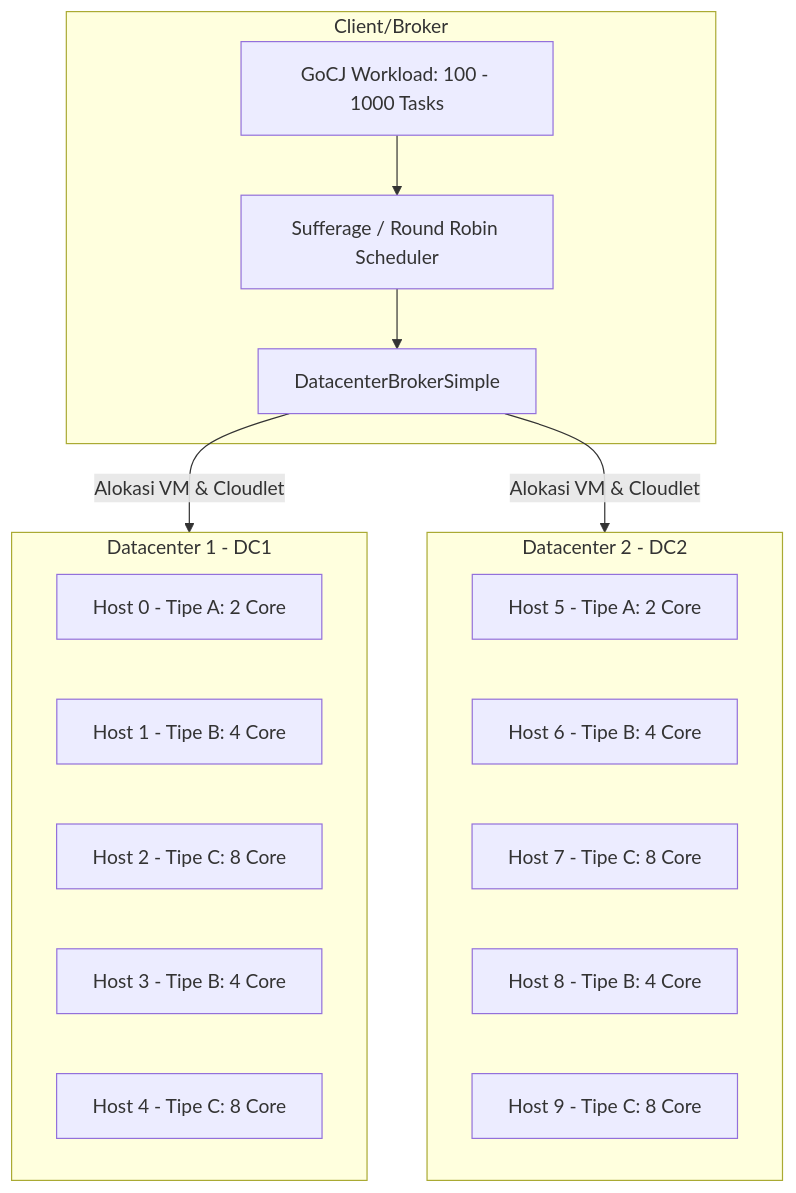
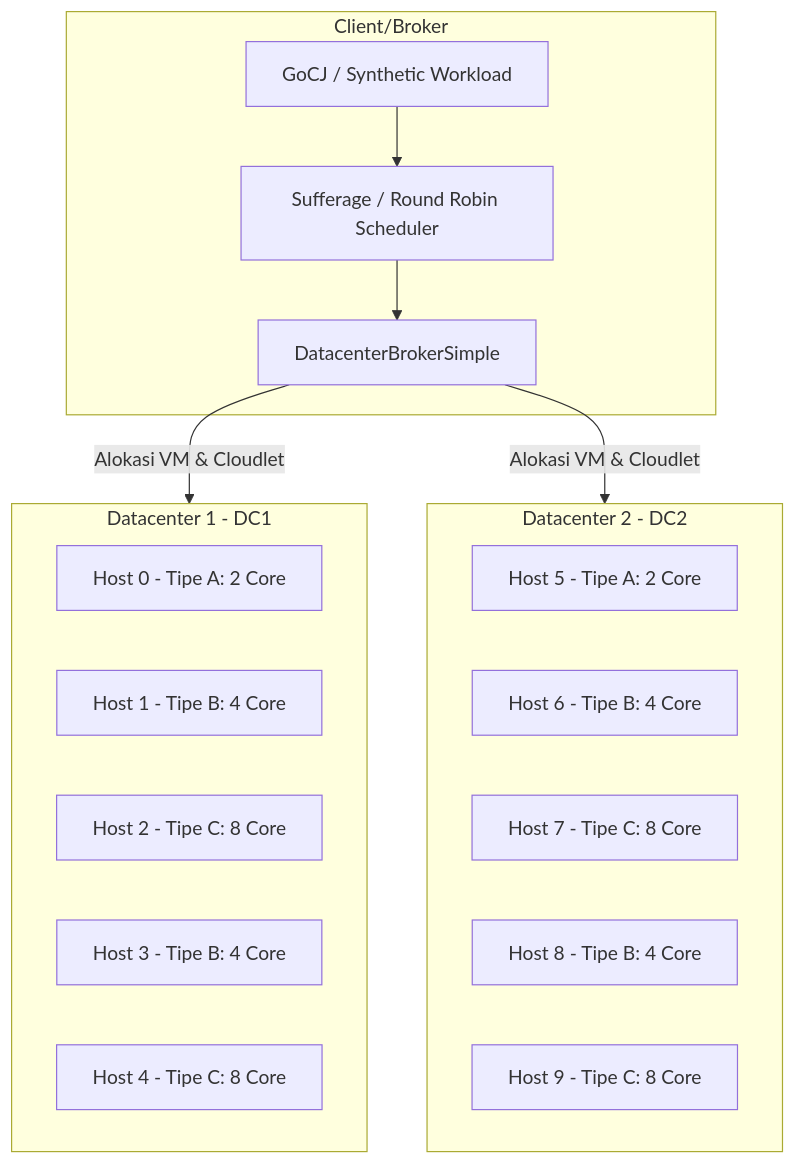
The first of 2 diagrams in README.md (imdfauzan/SOKA-Week5), drawn with Mermaid before and after one commit. The commit also changed other lines of this file and 21 other files, not shown here.

````diff
--- a/README.md
+++ b/README.md
@@ -76,29 +76,29 @@
 ```mermaid
 graph TD
     subgraph Client_Broker["Client/Broker"]
         Broker["DatacenterBrokerSimple"]
         Scheduler["Sufferage / Round Robin Scheduler"]
-        Workload["GoCJ Workload: 100 - 1000 Tasks"]
+        Workload["GoCJ / Synthetic Workload"]
     end
 
     subgraph DC1["Datacenter 1 - DC1"]
         H1["Host 0 - Tipe A: 2 Core"]
         H2["Host 1 - Tipe B: 4 Core"]
         H3["Host 2 - Tipe C: 8 Core"]
         H4["Host 3 - Tipe B: 4 Core"]
         H5["Host 4 - Tipe C: 8 Core"]
     end
 
     subgraph DC2["Datacenter 2 - DC2"]
         H6["Host 5 - Tipe A: 2 Core"]
         H7["Host 6 - Tipe B: 4 Core"]
         H8["Host 7 - Tipe C: 8 Core"]
         H9["Host 8 - Tipe B: 4 Core"]
         H10["Host 9 - Tipe C: 8 Core"]
     end
 
     Workload --> Scheduler
     Scheduler --> Broker
     Broker -->|Alokasi VM & Cloudlet| DC1
     Broker -->|Alokasi VM & Cloudlet| DC2
 ```
````
